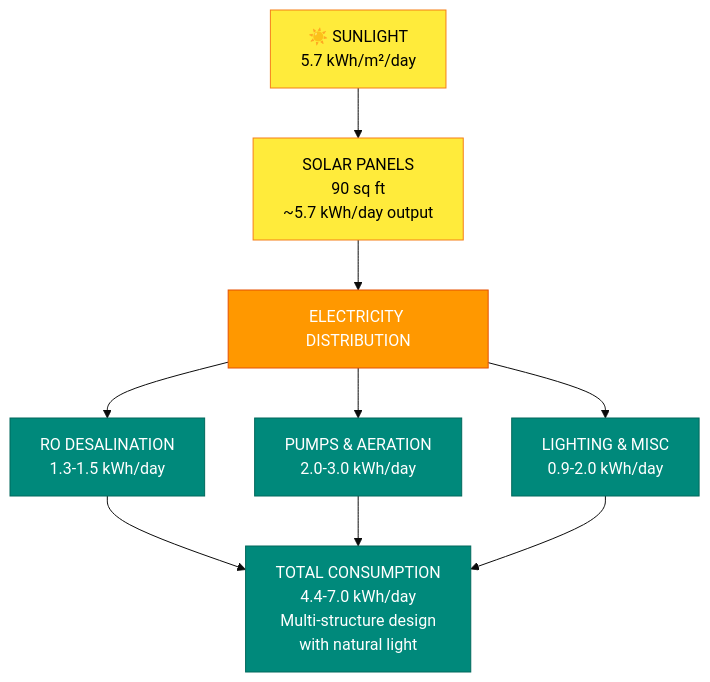
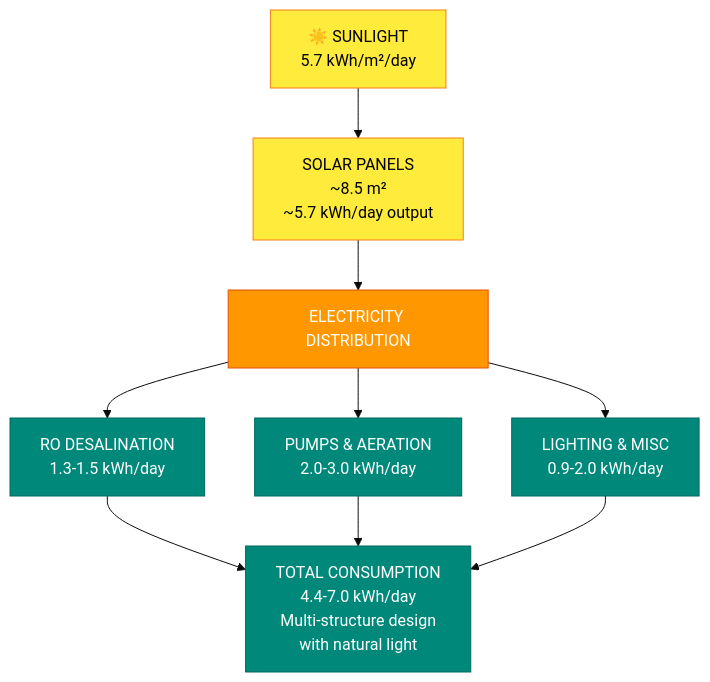
One commit to wadekaple/terraform changed the fourth of 8 diagrams in research/homestead-system-flowchart.md. Above: the diagram before and after it, drawn with Mermaid. The commit also changed other lines of this file and 8 other files, not shown here.

````diff
--- a/research/homestead-system-flowchart.md
+++ b/research/homestead-system-flowchart.md
@@ -284,33 +284,33 @@
 ```mermaid
 %%{init: {'theme':'base'}}%%
 graph TB
     SUN[☀️ SUNLIGHT<br/>5.7 kWh/m²/day]
 
-    PV[SOLAR PANELS<br/>90 sq ft<br/>~5.7 kWh/day output]
+    PV[SOLAR PANELS<br/>~8.5 m²<br/>~5.7 kWh/day output]
 
     ELEC[ELECTRICITY DISTRIBUTION]
 
     RO[RO DESALINATION<br/>1.3-1.5 kWh/day]
     PUMPS[PUMPS & AERATION<br/>2.0-3.0 kWh/day]
     LIGHTS[LIGHTING & MISC<br/>0.9-2.0 kWh/day]
 
     TOTAL[TOTAL CONSUMPTION<br/>4.4-7.0 kWh/day<br/>Multi-structure design<br/>with natural light]
 
     SUN --> PV
     PV --> ELEC
     ELEC --> RO
     ELEC --> PUMPS
     ELEC --> LIGHTS
 
     RO --> TOTAL
     PUMPS --> TOTAL
     LIGHTS --> TOTAL
 
     classDef solar fill:#ffeb3b,stroke:#f57f17,color:#000
     classDef elec fill:#ff9800,stroke:#e65100,color:#fff
     classDef load fill:#00897b,stroke:#00695c,color:#fff
 
     class SUN,PV solar
     class ELEC elec
     class RO,PUMPS,LIGHTS,TOTAL load
 ```
````
